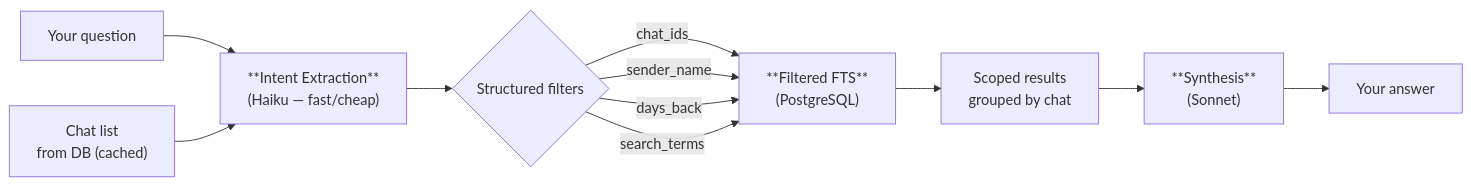
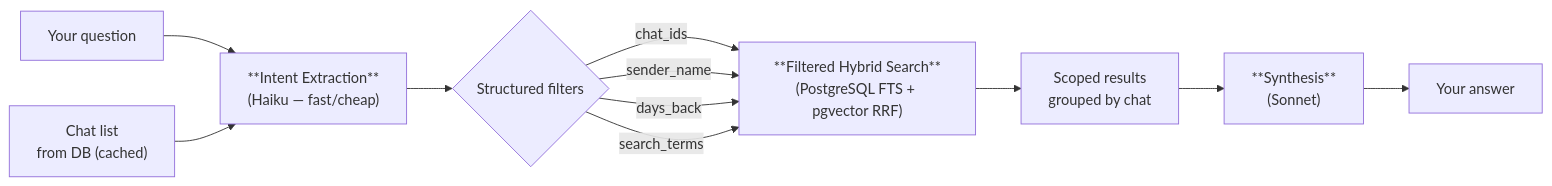
The third of 5 diagrams in README.md (obheda12/telelocal), drawn with Mermaid before and after one commit. The commit also changed other lines of this file and 6 other files, not shown here.

Commit message:
Speed up query path with single-SQL hybrid search

````diff
--- a/README.md
+++ b/README.md
@@ -109,18 +110,18 @@
 ```mermaid
 flowchart LR
     Q["Your question"]
     Q --> IE["**Intent Extraction**<br/>(Haiku — fast/cheap)"]
 
     CL["Chat list<br/>from DB (cached)"]
     CL --> IE
 
     IE --> F{"Structured filters"}
     F --> |"chat_ids"| FS
     F --> |"sender_name"| FS
     F --> |"days_back"| FS
     F --> |"search_terms"| FS
 
-    FS["**Filtered FTS**<br/>(PostgreSQL)"] --> R["Scoped results<br/>grouped by chat"]
+    FS["**Filtered Hybrid Search**<br/>(PostgreSQL FTS + pgvector RRF)"] --> R["Scoped results<br/>grouped by chat"]
     R --> S["**Synthesis**<br/>(Sonnet)"]
     S --> A["Your answer"]
 ```
````
